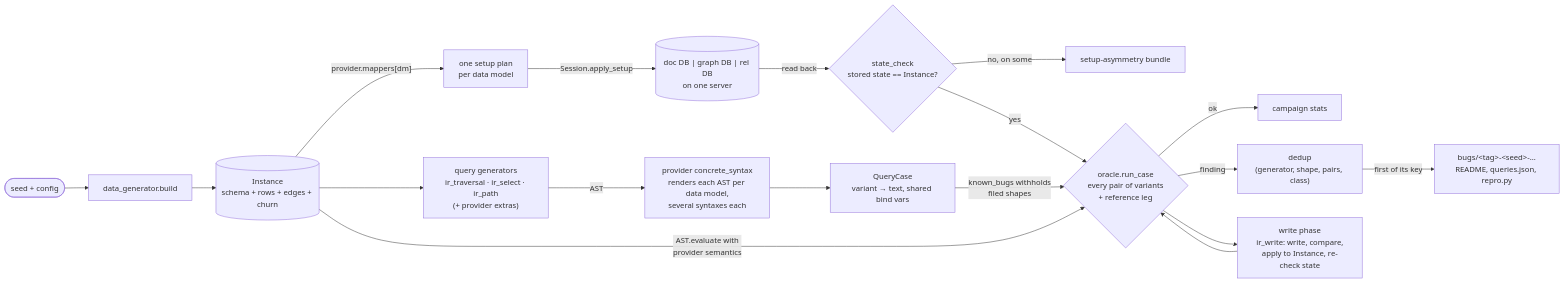
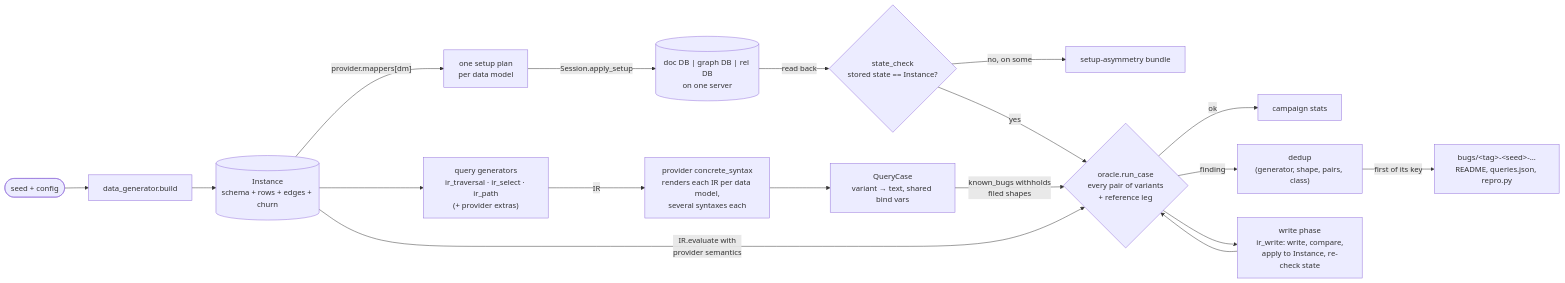
One commit to adoubleb/ganda changed the second of 2 diagrams in docs/architecture.md. Above: the diagram before and after it, drawn with Mermaid. The commit also changed other lines of this file and 62 other files, not shown here.

````diff
--- a/docs/architecture.md
+++ b/docs/architecture.md
@@ -61,25 +61,25 @@
 ```mermaid
 flowchart LR
     seed(["seed + config"]) --> build["data_generator.build"]
     build --> inst[("Instance<br/>schema + rows + edges + churn")]
 
     inst -- "provider.mappers[dm]" --> plans["one setup plan<br/>per data model"]
     plans -- "Session.apply_setup" --> dbs[("doc DB | graph DB | rel DB<br/>on one server")]
     dbs -- "read back" --> sc{"state_check<br/>stored state == Instance?"}
     sc -- "no, on some" --> setup_bundle["setup-asymmetry bundle"]
 
     inst --> qgen["query generators<br/>ir_traversal · ir_select · ir_path<br/>(+ provider extras)"]
-    qgen -- "AST" --> render["provider concrete_syntax<br/>renders each AST per data model,<br/>several syntaxes each"]
+    qgen -- "IR" --> render["provider concrete_syntax<br/>renders each IR per data model,<br/>several syntaxes each"]
     render --> case["QueryCase<br/>variant → text, shared bind vars"]
     case -- "known_bugs withholds<br/>filed shapes" --> oracle
 
     sc -- "yes" --> oracle{"oracle.run_case<br/>every pair of variants<br/>+ reference leg"}
-    inst -- "AST.evaluate with<br/>provider semantics" --> oracle
+    inst -- "IR.evaluate with<br/>provider semantics" --> oracle
 
     oracle -- "ok" --> stats["campaign stats"]
     oracle -- "finding" --> dedup["dedup<br/>(generator, shape, pairs, class)"]
     dedup -- "first of its key" --> bundle["bugs/&lt;tag&gt;-&lt;seed&gt;-...<br/>README, queries.json, repro.py"]
 
     oracle --> wp["write phase<br/>ir_write: write, compare,<br/>apply to Instance, re-check state"]
     wp --> oracle
 ```
````
